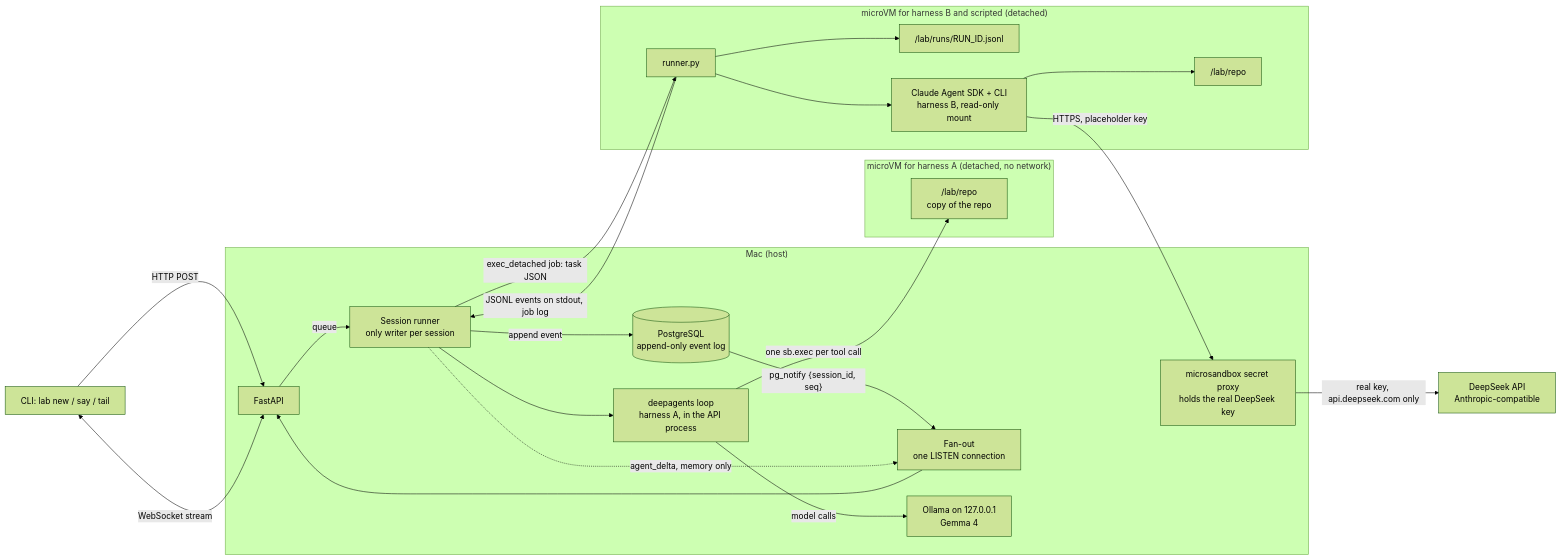
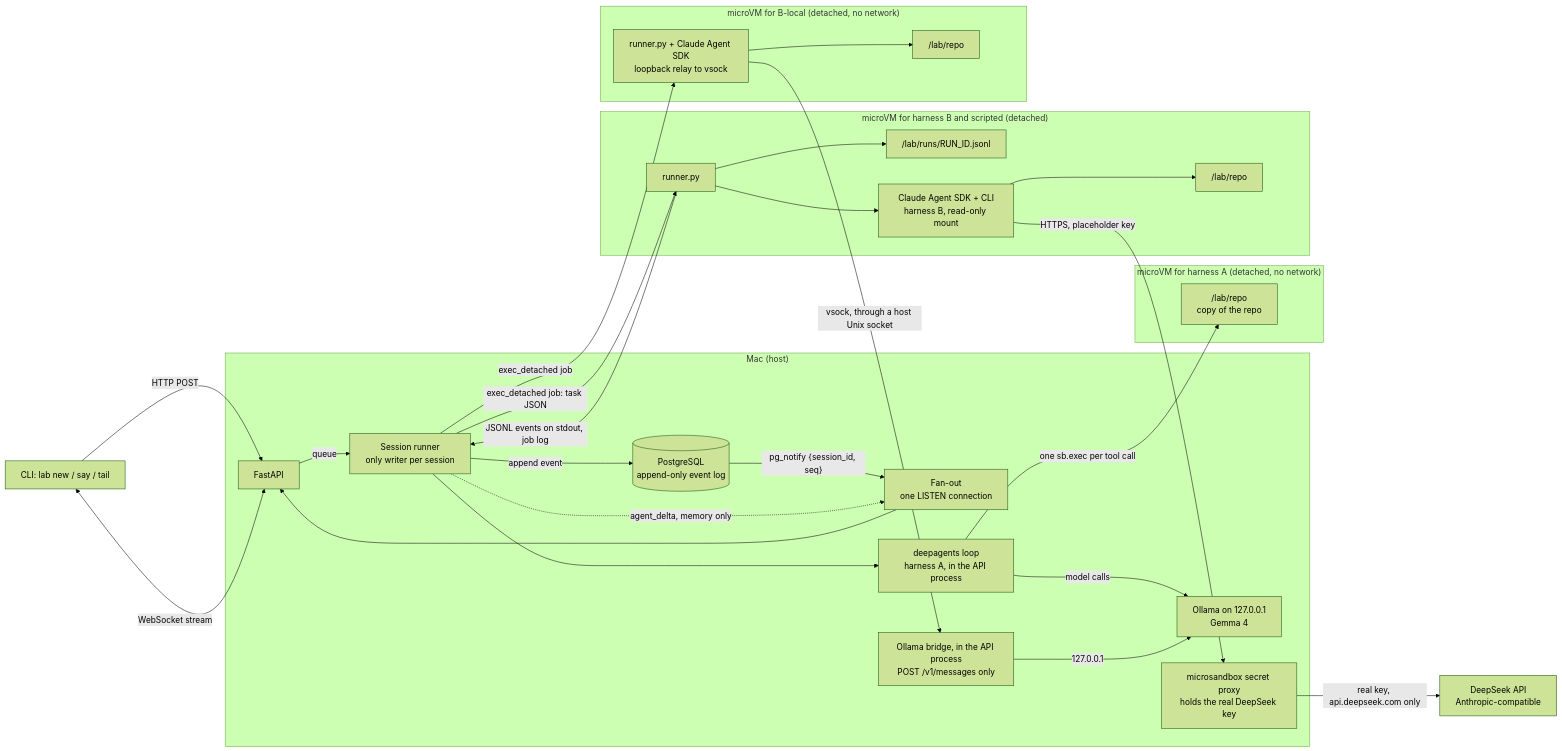
Before and after one commit to morri5/sandboxed-agents: the first of 2 diagrams in README.md, drawn with Mermaid (forest theme). The commit also changed other lines of this file and 7 other files, not shown here.

Commit message:
feat: add Claude Agent SDK harness on local Ollama via vsock bridge

````diff
--- a/README.md
+++ b/README.md
@@ -11,28 +11,34 @@
 ```mermaid
 flowchart LR
     CLI[CLI: lab new / say / tail] -->|HTTP POST| API
     CLI <-->|WebSocket stream| API
     subgraph HOST["Mac (host)"]
         API[FastAPI] -->|queue| SR[Session runner<br/>only writer per session]
         SR -->|append event| PG[(PostgreSQL<br/>append-only event log)]
         PG -->|"pg_notify {session_id, seq}"| FO[Fan-out<br/>one LISTEN connection]
         FO --> API
         SR -.->|agent_delta, memory only| FO
         SR --> DA[deepagents loop<br/>harness A, in the API process]
         DA -->|model calls| OL[Ollama on 127.0.0.1<br/>Gemma 4]
         PX[microsandbox secret proxy<br/>holds the real DeepSeek key]
+        BR[Ollama bridge, in the API process<br/>POST /v1/messages only] -->|127.0.0.1| OL
     end
     subgraph VMA["microVM for harness A (detached, no network)"]
         REPOA["/lab/repo<br/>copy of the repo"]
     end
     subgraph VMB["microVM for harness B and scripted (detached)"]
         RUN[runner.py] --> JL["/lab/runs/RUN_ID.jsonl"]
         RUN --> SDK[Claude Agent SDK + CLI<br/>harness B, read-only mount]
         SDK --> REPOB["/lab/repo"]
     end
+    subgraph VMC["microVM for B-local (detached, no network)"]
+        RUNC[runner.py + Claude Agent SDK<br/>loopback relay to vsock] --> REPOC["/lab/repo"]
+    end
     DA -->|"one sb.exec per tool call"| REPOA
     SR -->|"exec_detached job: task JSON"| RUN
     RUN -->|JSONL events on stdout, job log| SR
+    SR -->|"exec_detached job"| RUNC
+    RUNC -->|"vsock, through a host Unix socket"| BR
     SDK -->|"HTTPS, placeholder key"| PX
     PX -->|"real key, api.deepseek.com only"| DS[DeepSeek API<br/>Anthropic-compatible]
 ```
````
